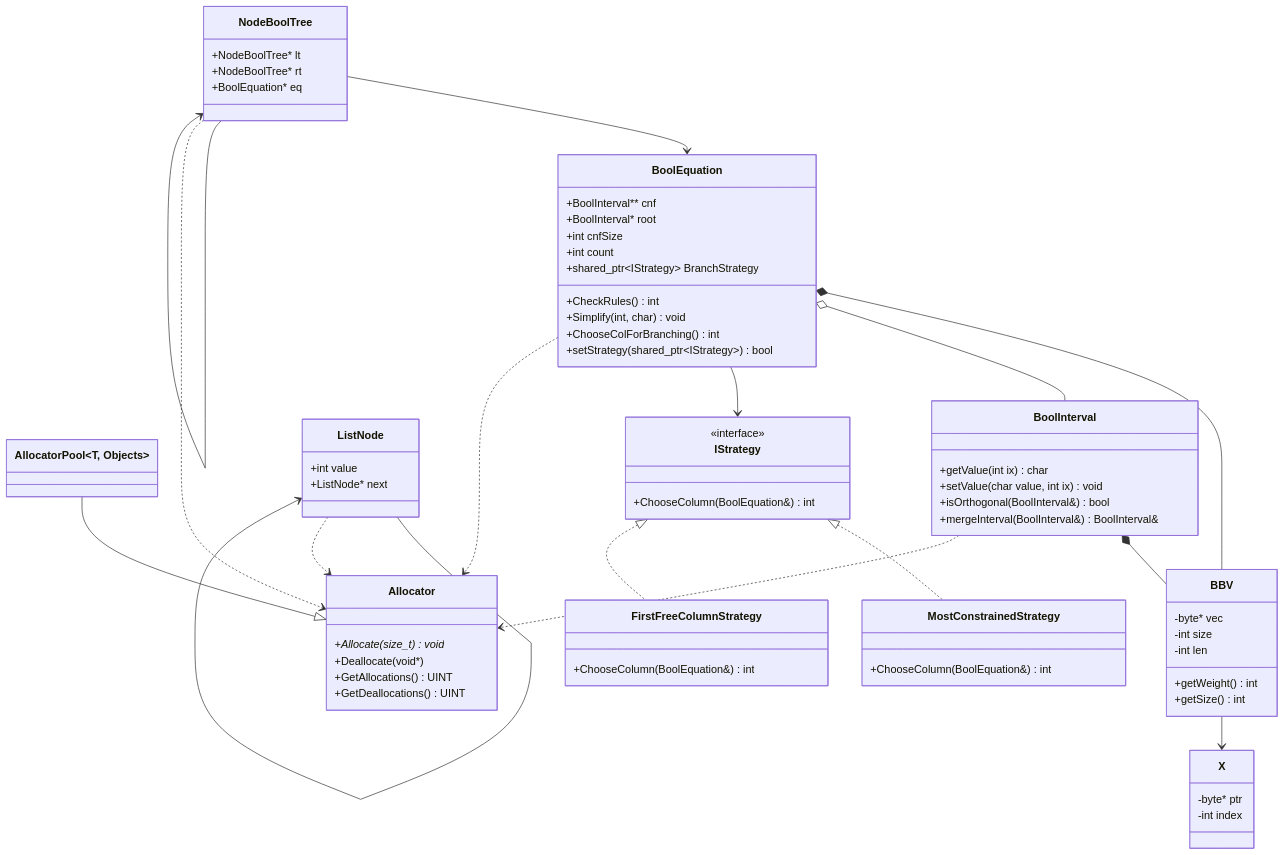
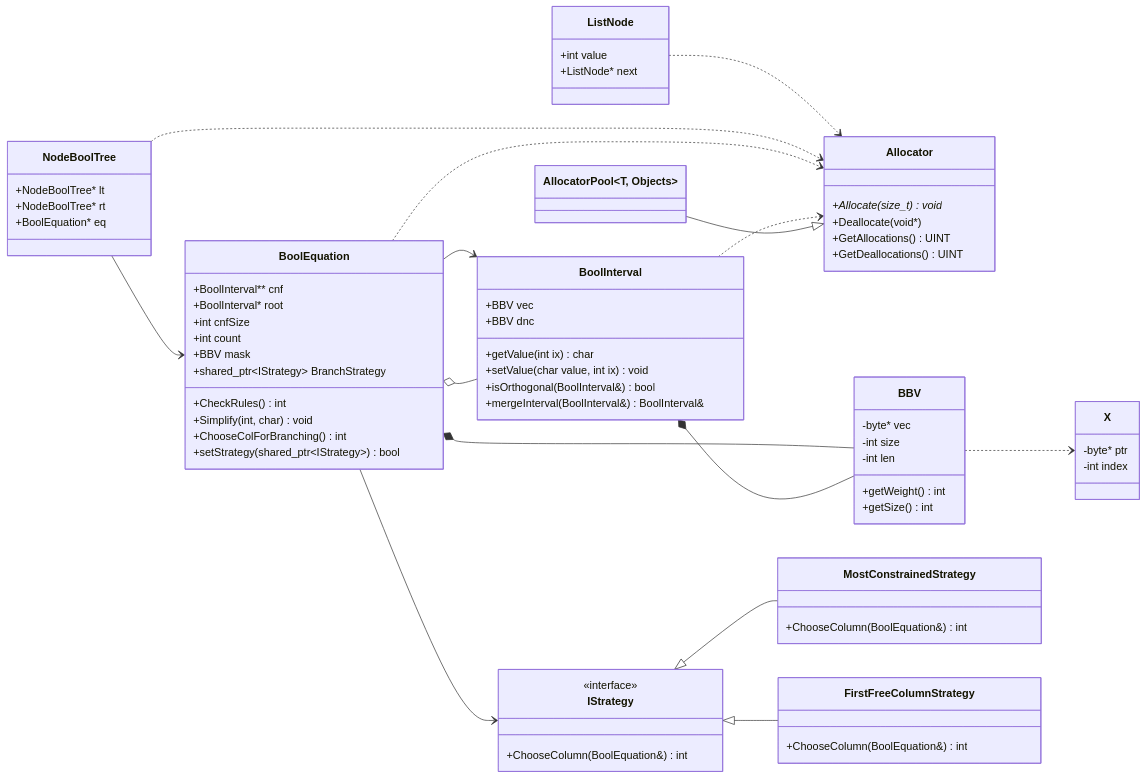
One commit to ytochkaa/integration_of_the_memory_allocation_mechanism changed the diagram in README.md. Above: the diagram before and after it, drawn with Mermaid.

Commit message:
docs: обновлена UML по референсу — direction LR, разделены стрелки cnf и root

````diff
--- a/README.md
+++ b/README.md
@@ -9,5 +9,6 @@
 ```mermaid
 classDiagram
+direction LR
     class Allocator {
         +Allocate(size_t) void*
         +Deallocate(void*)
@@ -31,6 +32,8 @@
     }
 
     class BoolInterval {
+        +BBV vec
+        +BBV dnc
         +getValue(int ix) char
         +setValue(char value, int ix) void
         +isOrthogonal(BoolInterval&) bool
@@ -42,6 +45,7 @@
         +BoolInterval* root
         +int cnfSize
         +int count
+        +BBV mask
         +shared_ptr~IStrategy~ BranchStrategy
         +CheckRules() int
         +Simplify(int, char) void
@@ -74,17 +78,16 @@
     }
 
     AllocatorPool --|> Allocator
-    IStrategy <|.. MostConstrainedStrategy
-    IStrategy <|.. FirstFreeColumnStrategy
+    IStrategy <|-- MostConstrainedStrategy
+    IStrategy <|-- FirstFreeColumnStrategy
 
-    BBV --> X
+    BBV ..> X
     BoolInterval *-- BBV
     BoolEquation *-- BBV
     BoolEquation o-- BoolInterval
+    BoolEquation --> BoolInterval
     BoolEquation --> IStrategy
     NodeBoolTree --> BoolEquation
-    NodeBoolTree --> NodeBoolTree
-    ListNode --> ListNode
 
     BoolInterval ..> Allocator
     BoolEquation ..> Allocator
````
